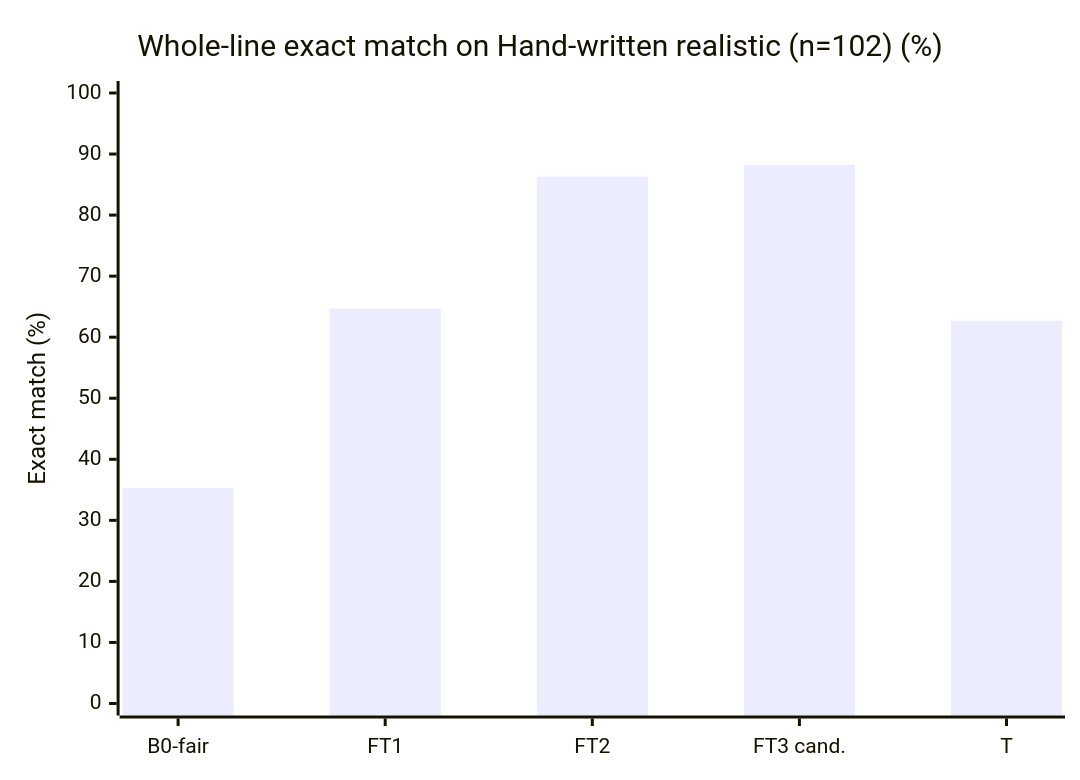
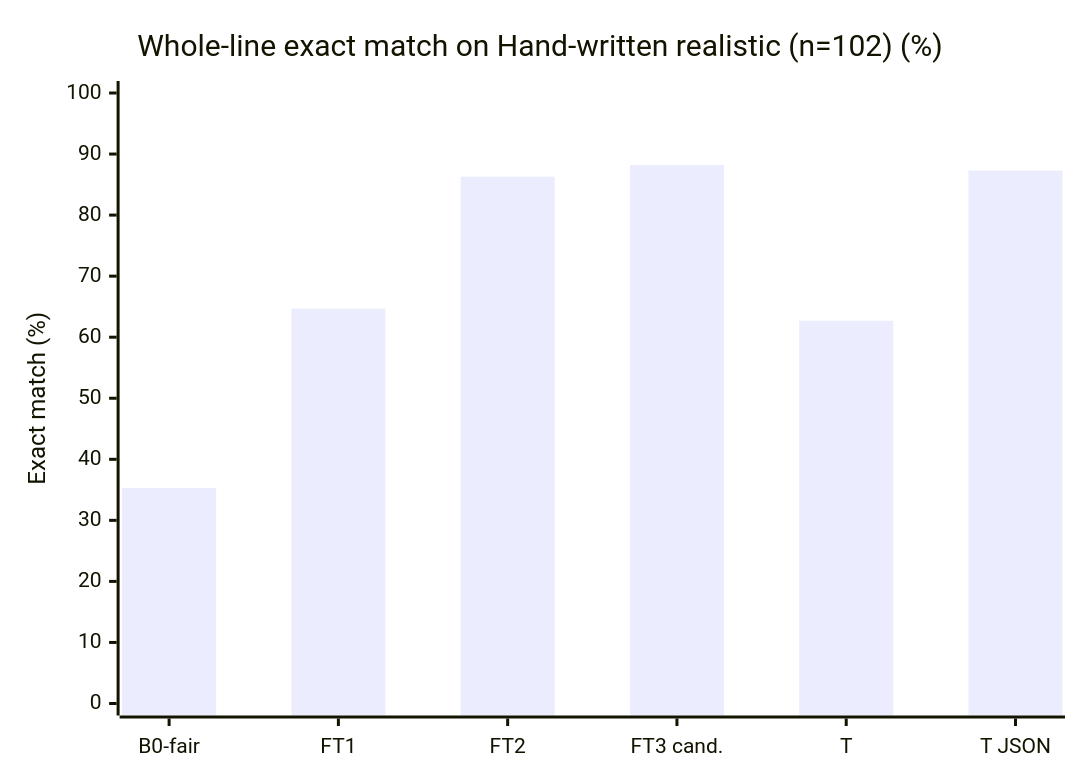
The first of 4 diagrams in eval/results.md (Vedant817/aaji-pill-clerk), drawn with Mermaid before and after one commit. The commit also changed other lines of this file and 15 other files, not shown here.

````diff
--- a/eval/results.md
+++ b/eval/results.md
@@ -172,7 +176,7 @@
 ```mermaid
 xychart-beta
     title "Whole-line exact match on Hand-written realistic (n=102) (%)"
-    x-axis ["B0-fair", "FT1", "FT2", "FT3 cand.", "T"]
+    x-axis ["B0-fair", "FT1", "FT2", "FT3 cand.", "T", "T JSON"]
     y-axis "Exact match (%)" 0 --> 100
-    bar [35.3, 64.7, 86.3, 88.2, 62.7]
+    bar [35.3, 64.7, 86.3, 88.2, 62.7, 87.3]
 ```
````
